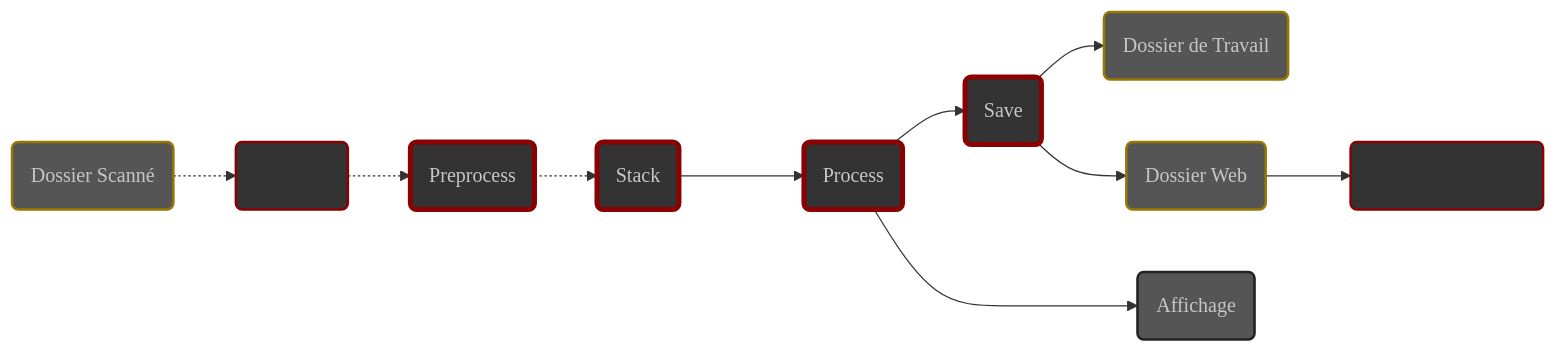
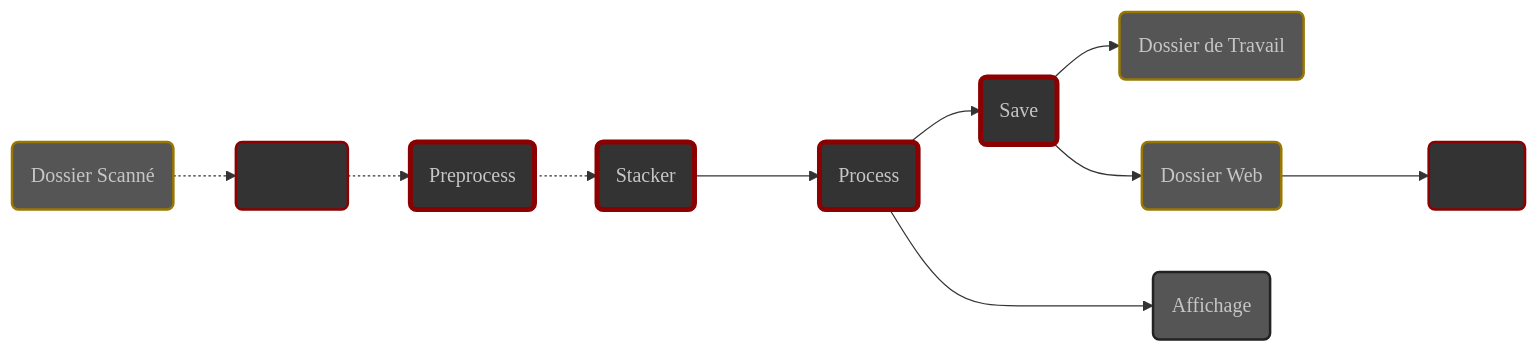
The diagram in content/fr/docs/v0.7/userguide/concepts.md (deufrai/als), drawn with Mermaid before and after one commit. The commit also changed other lines of this file and 1 other file, not shown here.

````diff
--- a/content/fr/docs/v0.7/userguide/concepts.md
+++ b/content/fr/docs/v0.7/userguide/concepts.md
@@ -41,30 +69,30 @@
 ```mermaid
 graph LR
 
-        B(Preprocess) -.-> C(Stack)
+        B(Preprocess) -.-> C(Stacker)
         C ---> D(Process)
         D --> E(Save)
 
 
     S(Dossier Scanné) -.-> A(Scanner)        
     A -.-> B
     E --> F(Dossier de Travail)
     E --> G(Dossier Web)
-    G --> H(Serveur d'images) 
+    G ---> H(Server) 
     D ---> I(Affichage)
 
 
     style A fill:#333,stroke:darkred,stroke-width:2px
     style B fill:#333,stroke:darkred,stroke-width:4px,color:#c6c6c6,font-family:'Poppins',sans-serif
     style C fill:#333,stroke:darkred,stroke-width:4px,color:#c6c6c6,font-family:'Poppins',sans-serif
     style D fill:#333,stroke:darkred,stroke-width:4px,color:#c6c6c6,font-family:'Poppins',sans-serif
     style E fill:#333,stroke:darkred,stroke-width:4px,color:#c6c6c6,font-family:'Poppins',sans-serif
 
     style F fill:#555,stroke:#970,stroke-width:2px,color:#c6c6c6,font-family:'Poppins',sans-serif
     style G fill:#555,stroke:#970,stroke-width:2px,color:#c6c6c6,font-family:'Poppins',sans-serif
     style S fill:#555,stroke:#970,stroke-width:2px,color:#c6c6c6,font-family:'Poppins',sans-serif
     
     style I fill:#555,stroke:#222,stroke-width:2px,color:#c6c6c6,font-family:'Poppins',sans-serif
 
     style H fill:#333,stroke:darkred,stroke-width:2px
 ```
````
